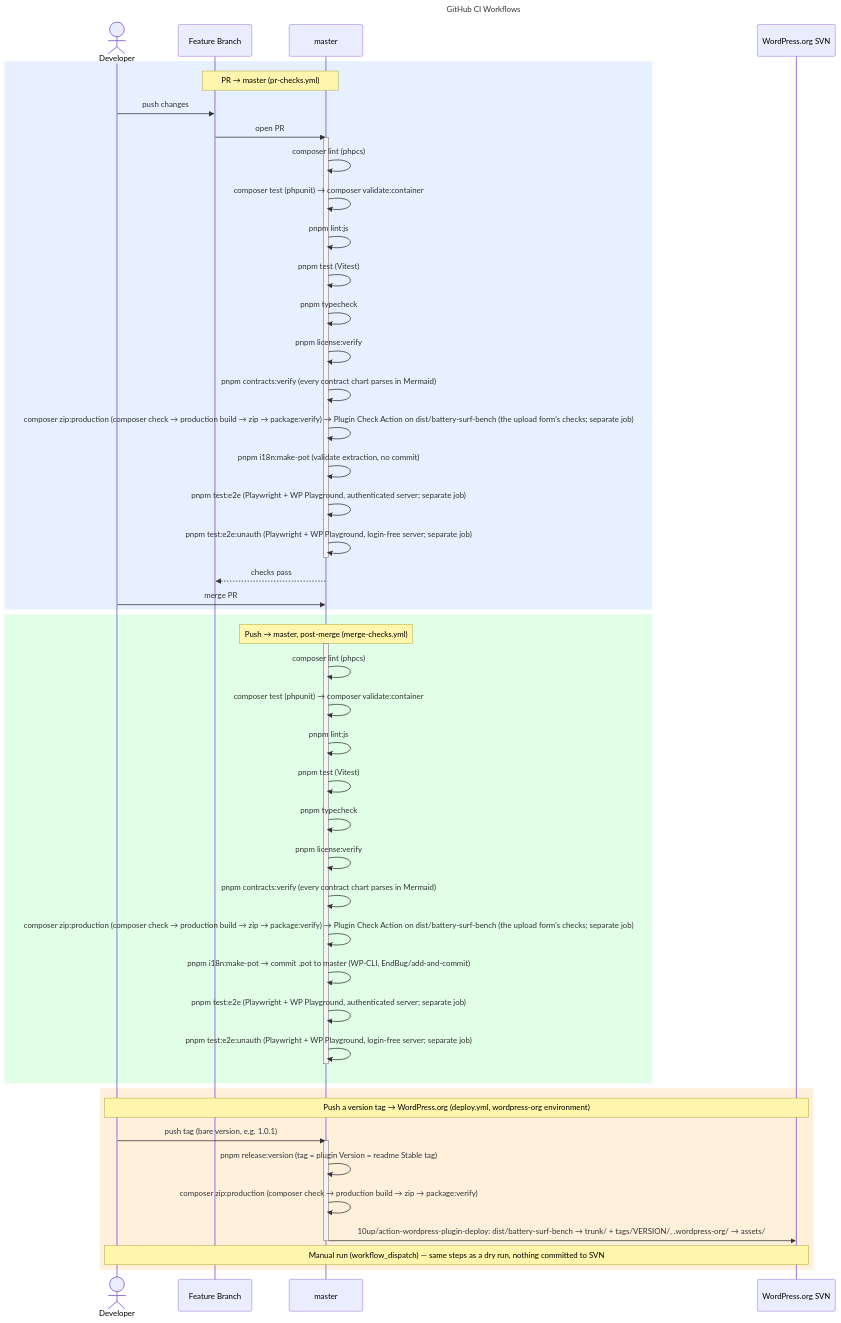
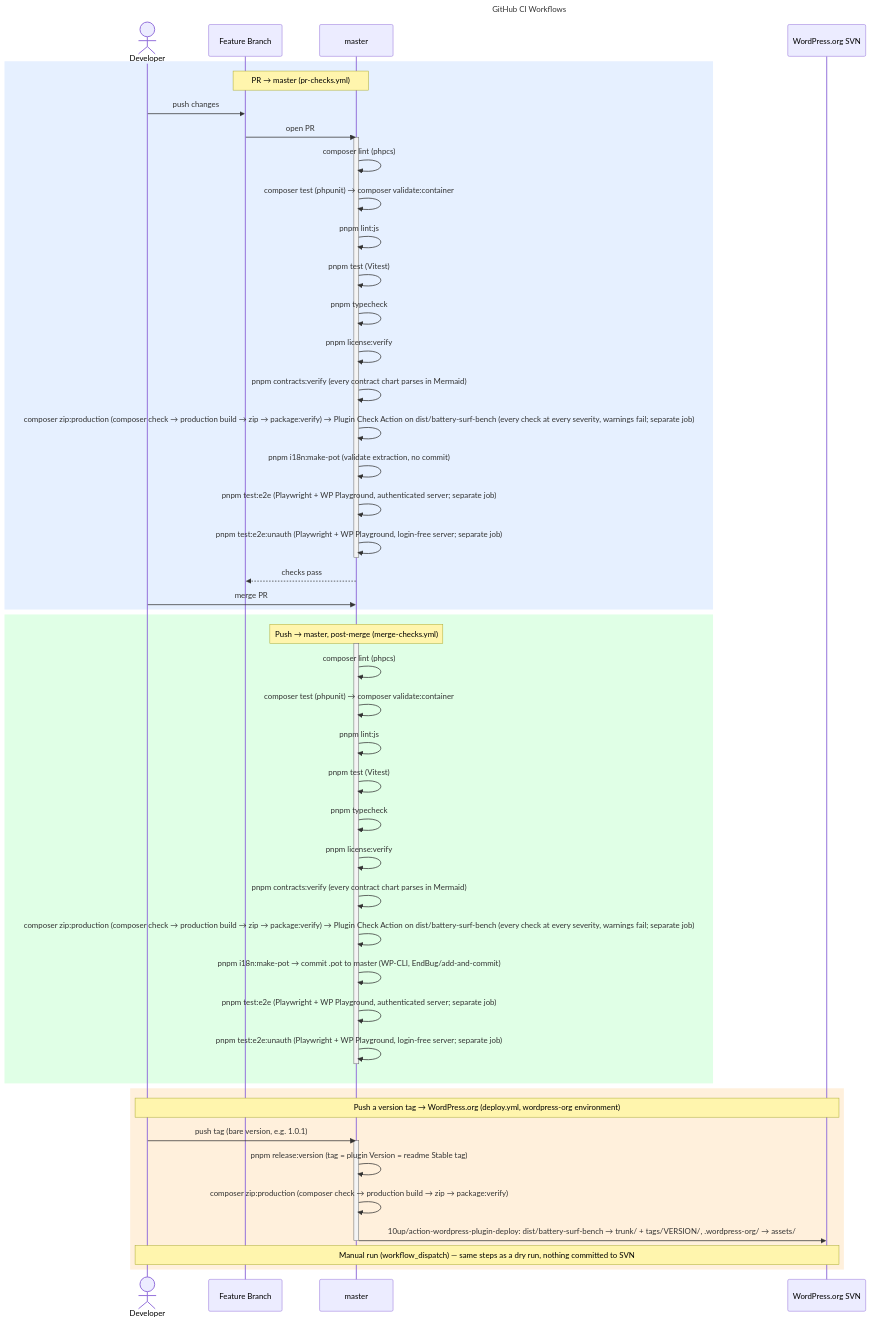
The diagram in docs/contracts/ci-workflow.mmd (erdembircan/battery-surf-bench), drawn with Mermaid before and after one commit. The commit also changed 1 other file, not shown here.

Commit message:
[CHORE]: fail plugin check on every finding

```diff
--- a/docs/contracts/ci-workflow.mmd
+++ b/docs/contracts/ci-workflow.mmd
@@ -1,60 +1,60 @@
 ---
 title: GitHub CI Workflows
 ---
 %% Characters Mermaid would misread inside a label are written as entity codes,
 %% which render as the character itself: #58; ':', #59; ';', #40; '(', #41; ')',
 %% #123; '{', #125; '}'. See "Keeping Charts Parseable" in CLAUDE.md.
 sequenceDiagram
     actor Dev as Developer
     participant FB as Feature Branch
     participant M as master
     participant SVN as WordPress.org SVN
 
     rect rgb(230, 240, 255)
         Note over FB,M: PR → master (pr-checks.yml)
         Dev->>FB: push changes
         FB->>M: open PR
         activate M
         M->>M: composer lint (phpcs)
         M->>M: composer test (phpunit) → composer validate:container
         M->>M: pnpm lint:js
         M->>M: pnpm test (Vitest)
         M->>M: pnpm typecheck
         M->>M: pnpm license:verify
         M->>M: pnpm contracts:verify (every contract chart parses in Mermaid)
-        M->>M: composer zip:production (composer check → production build → zip → package:verify) → Plugin Check Action on dist/battery-surf-bench (the upload form's checks#59; separate job)
+        M->>M: composer zip:production (composer check → production build → zip → package:verify) → Plugin Check Action on dist/battery-surf-bench (every check at every severity, warnings fail#59; separate job)
         M->>M: pnpm i18n:make-pot (validate extraction, no commit)
         M->>M: pnpm test:e2e (Playwright + WP Playground, authenticated server#59; separate job)
         M->>M: pnpm test:e2e:unauth (Playwright + WP Playground, login-free server#59; separate job)
         deactivate M
         M-->>FB: checks pass
         Dev->>M: merge PR
     end
 
     rect rgb(224, 255, 230)
         Note over M: Push → master, post-merge (merge-checks.yml)
         activate M
         M->>M: composer lint (phpcs)
         M->>M: composer test (phpunit) → composer validate:container
         M->>M: pnpm lint:js
         M->>M: pnpm test (Vitest)
         M->>M: pnpm typecheck
         M->>M: pnpm license:verify
         M->>M: pnpm contracts:verify (every contract chart parses in Mermaid)
-        M->>M: composer zip:production (composer check → production build → zip → package:verify) → Plugin Check Action on dist/battery-surf-bench (the upload form's checks#59; separate job)
+        M->>M: composer zip:production (composer check → production build → zip → package:verify) → Plugin Check Action on dist/battery-surf-bench (every check at every severity, warnings fail#59; separate job)
         M->>M: pnpm i18n:make-pot → commit .pot to master (WP-CLI, EndBug/add-and-commit)
         M->>M: pnpm test:e2e (Playwright + WP Playground, authenticated server#59; separate job)
         M->>M: pnpm test:e2e:unauth (Playwright + WP Playground, login-free server#59; separate job)
         deactivate M
     end
 
     rect rgb(255, 240, 220)
         Note over Dev,SVN: Push a version tag → WordPress.org (deploy.yml, wordpress-org environment)
         Dev->>M: push tag (bare version, e.g. 1.0.1)
         activate M
         M->>M: pnpm release:version (tag = plugin Version = readme Stable tag)
         M->>M: composer zip:production (composer check → production build → zip → package:verify)
         M->>SVN: 10up/action-wordpress-plugin-deploy#58; dist/battery-surf-bench → trunk/ + tags/VERSION/, .wordpress-org/ → assets/
         deactivate M
         Note over Dev,SVN: Manual run (workflow_dispatch) — same steps as a dry run, nothing committed to SVN
     end
```
